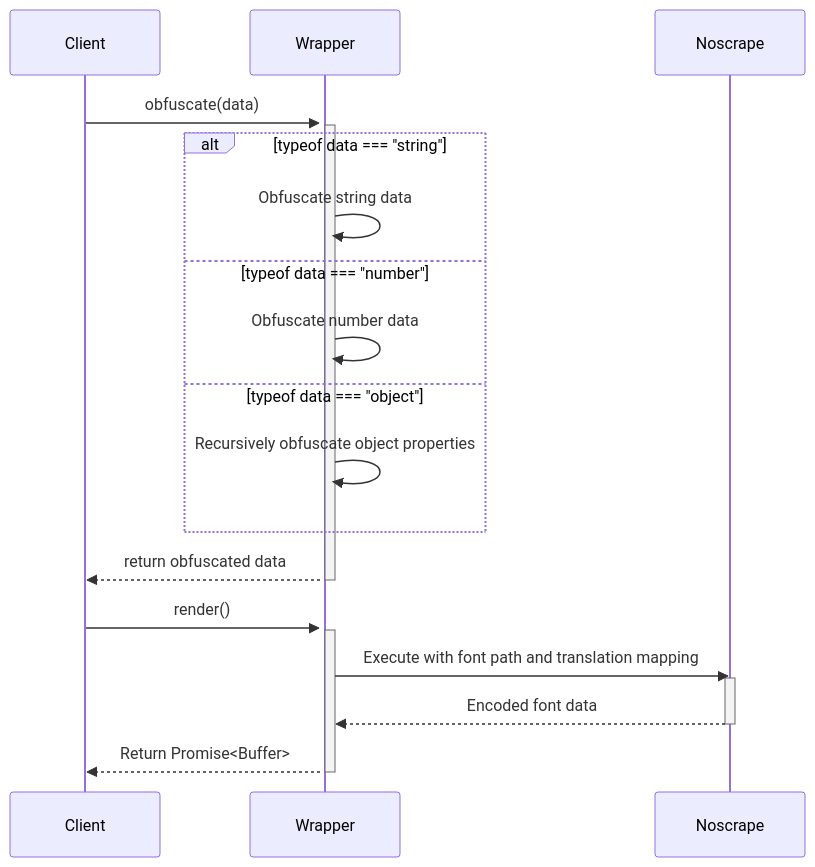
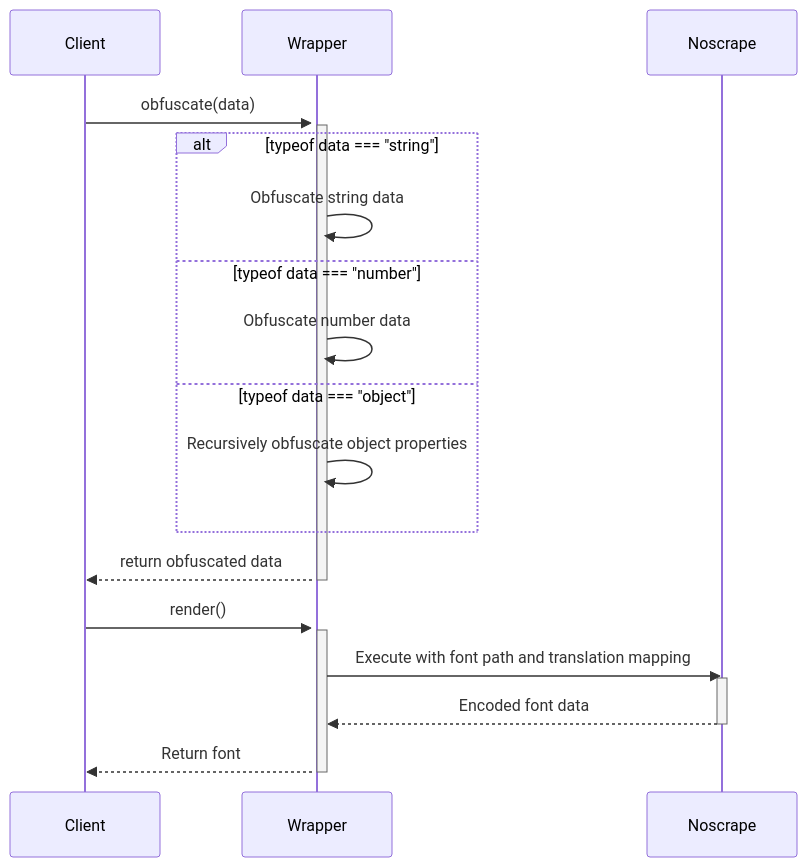
One commit to noscrape/noscrape changed the diagram in readme.md. Above: the diagram before and after it, drawn with Mermaid.

````diff
--- a/readme.md
+++ b/readme.md
@@ -4,29 +4,29 @@
 ```mermaid
 sequenceDiagram
     participant Client
     participant Wrapper
     participant Noscrape
 
     Client ->>+ Wrapper: obfuscate(data)
     activate Wrapper
 
     alt typeof data === "string"
         Wrapper ->> Wrapper: Obfuscate string data
     else typeof data === "number"
         Wrapper ->> Wrapper: Obfuscate number data
     else typeof data === "object"
         Wrapper ->> Wrapper: Recursively obfuscate object properties
     end
     Wrapper -->>- Client: return obfuscated data
 
 
     Client ->> Wrapper: render()
     activate Wrapper
     Wrapper ->> Noscrape: Execute with font path and translation mapping
     activate Noscrape
     Noscrape -->> Wrapper: Encoded font data
     deactivate Noscrape
-    Wrapper -->> Client: Return Promise<Buffer>
+    Wrapper -->> Client: Return font
     deactivate Wrapper
 
 ```
````
